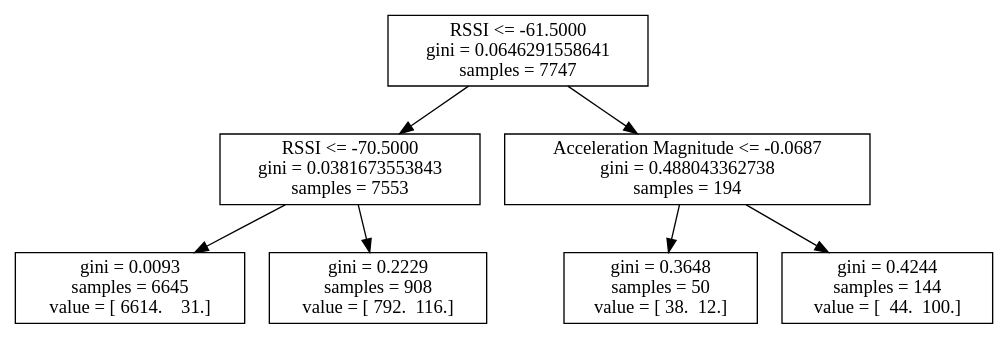
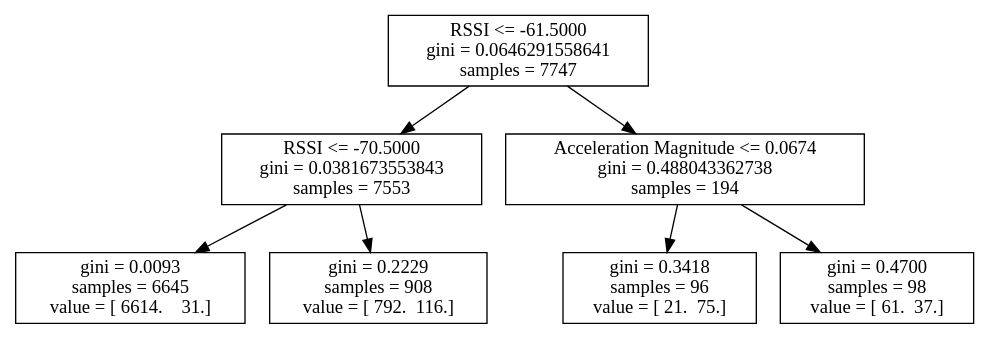
The diagram in logs/4_19/log18.dot (atitus5/6s062-Project), drawn with Graphviz before and after one commit. The commit also changed 72 other files, not shown here.

```diff
--- a/logs/4_19/log18.dot
+++ b/logs/4_19/log18.dot
@@ -1,15 +1,15 @@
 digraph Tree {
 0 [label="RSSI <= -61.5000\ngini = 0.0646291558641\nsamples = 7747", shape="box"] ;
 1 [label="RSSI <= -70.5000\ngini = 0.0381673553843\nsamples = 7553", shape="box"] ;
 0 -> 1 ;
 2 [label="gini = 0.0093\nsamples = 6645\nvalue = [ 6614.    31.]", shape="box"] ;
 1 -> 2 ;
 3 [label="gini = 0.2229\nsamples = 908\nvalue = [ 792.  116.]", shape="box"] ;
 1 -> 3 ;
-4 [label="Acceleration Magnitude <= -0.0687\ngini = 0.488043362738\nsamples = 194", shape="box"] ;
+4 [label="Acceleration Magnitude <= 0.0674\ngini = 0.488043362738\nsamples = 194", shape="box"] ;
 0 -> 4 ;
-5 [label="gini = 0.3648\nsamples = 50\nvalue = [ 38.  12.]", shape="box"] ;
+5 [label="gini = 0.3418\nsamples = 96\nvalue = [ 21.  75.]", shape="box"] ;
 4 -> 5 ;
-6 [label="gini = 0.4244\nsamples = 144\nvalue = [  44.  100.]", shape="box"] ;
+6 [label="gini = 0.4700\nsamples = 98\nvalue = [ 61.  37.]", shape="box"] ;
 4 -> 6 ;
 }
```
